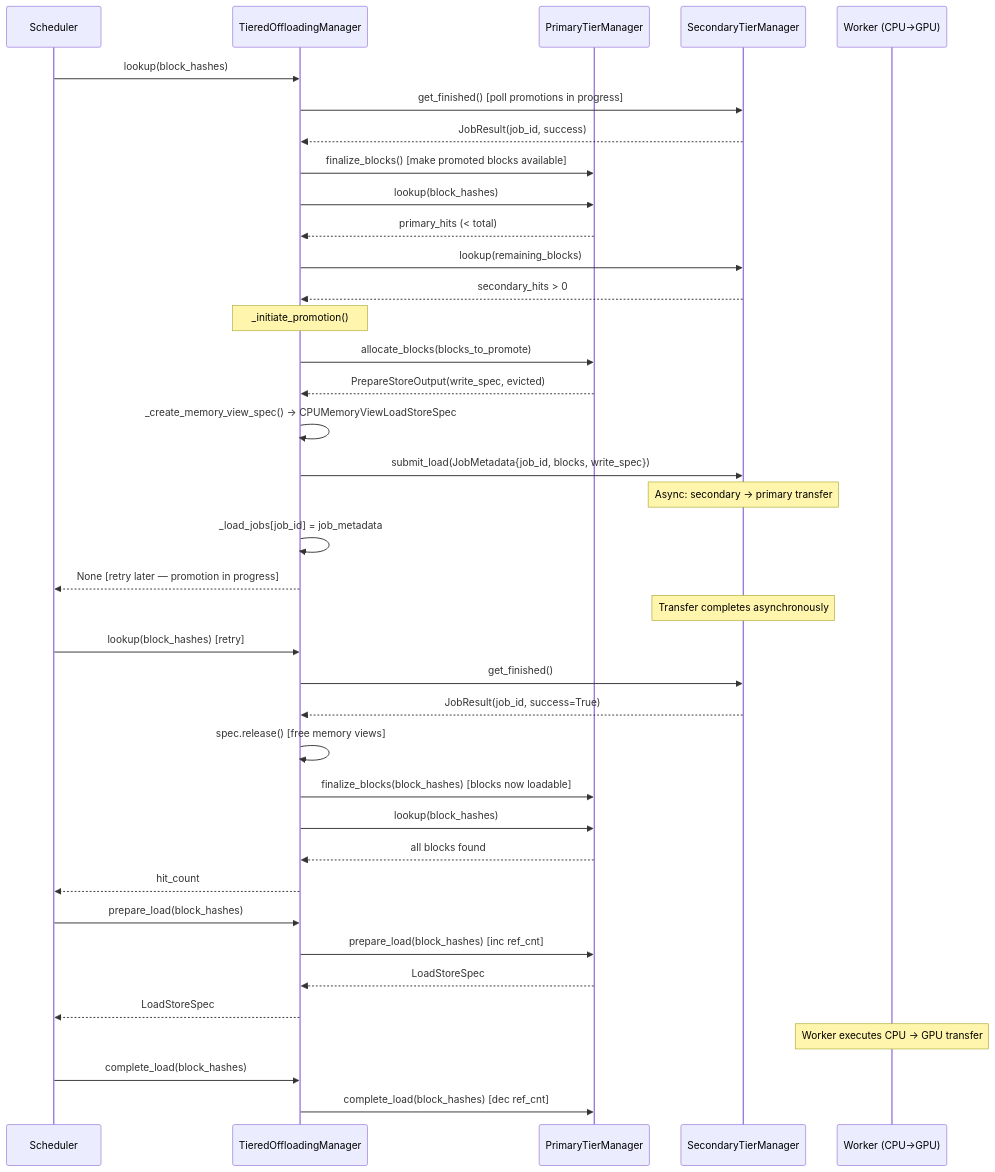
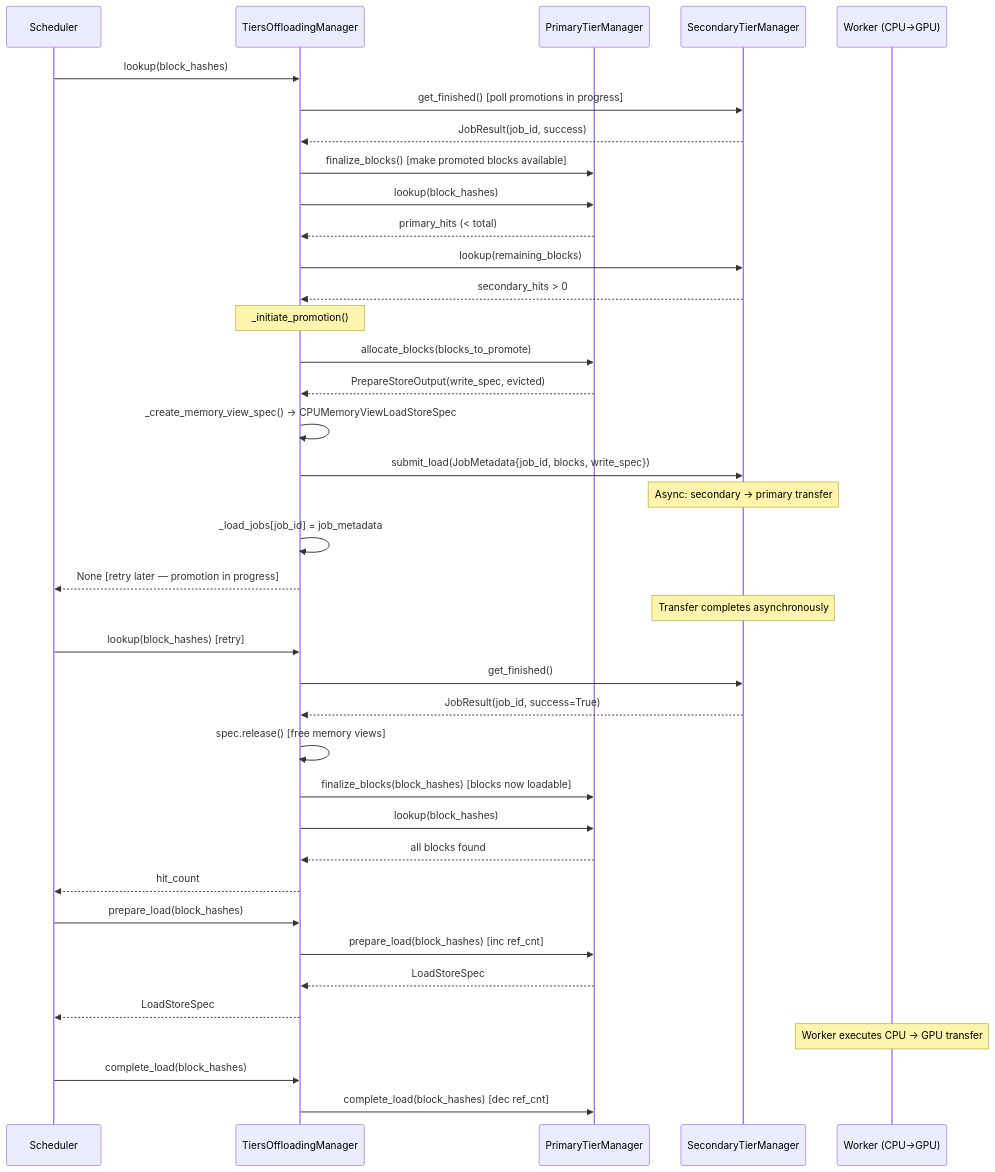
One commit to rshavitt/vllm changed the fourth of 6 diagrams in vllm/v1/kv_offload/tiered_offloading.md. Above: the diagram before and after it, drawn with Mermaid. The commit also changed other lines of this file and 7 other files, not shown here.

Commit message:
Rename Tiered* -> Tiers*

````diff
--- a/vllm/v1/kv_offload/tiered_offloading.md
+++ b/vllm/v1/kv_offload/tiered_offloading.md
@@ -734,50 +746,50 @@
 ```mermaid
 sequenceDiagram
     participant S as Scheduler
-    participant TOM as TieredOffloadingManager
+    participant TOM as TiersOffloadingManager
     participant PT as PrimaryTierManager
     participant ST as SecondaryTierManager
     participant W as Worker (CPU→GPU)
 
     S->>TOM: lookup(block_hashes)
     TOM->>ST: get_finished() [poll promotions in progress]
     ST-->>TOM: JobResult(job_id, success)
     TOM->>PT: finalize_blocks() [make promoted blocks available]
 
     TOM->>PT: lookup(block_hashes)
     PT-->>TOM: primary_hits (< total)
 
     TOM->>ST: lookup(remaining_blocks)
     ST-->>TOM: secondary_hits > 0
 
     Note over TOM: _initiate_promotion()
     TOM->>PT: allocate_blocks(blocks_to_promote)
     PT-->>TOM: PrepareStoreOutput(write_spec, evicted)
     TOM->>TOM: _create_memory_view_spec() → CPUMemoryViewLoadStoreSpec
     TOM->>ST: submit_load(JobMetadata{job_id, blocks, write_spec})
     Note over ST: Async: secondary → primary transfer
     TOM->>TOM: _load_jobs[job_id] = job_metadata
     TOM-->>S: None [retry later — promotion in progress]
 
     Note over ST: Transfer completes asynchronously
 
     S->>TOM: lookup(block_hashes) [retry]
     TOM->>ST: get_finished()
     ST-->>TOM: JobResult(job_id, success=True)
     TOM->>TOM: spec.release() [free memory views]
     TOM->>PT: finalize_blocks(block_hashes) [blocks now loadable]
 
     TOM->>PT: lookup(block_hashes)
     PT-->>TOM: all blocks found
     TOM-->>S: hit_count
 
     S->>TOM: prepare_load(block_hashes)
     TOM->>PT: prepare_load(block_hashes) [inc ref_cnt]
     PT-->>TOM: LoadStoreSpec
     TOM-->>S: LoadStoreSpec
 
     Note over W: Worker executes CPU → GPU transfer
 
     S->>TOM: complete_load(block_hashes)
     TOM->>PT: complete_load(block_hashes) [dec ref_cnt]
 ```
````
